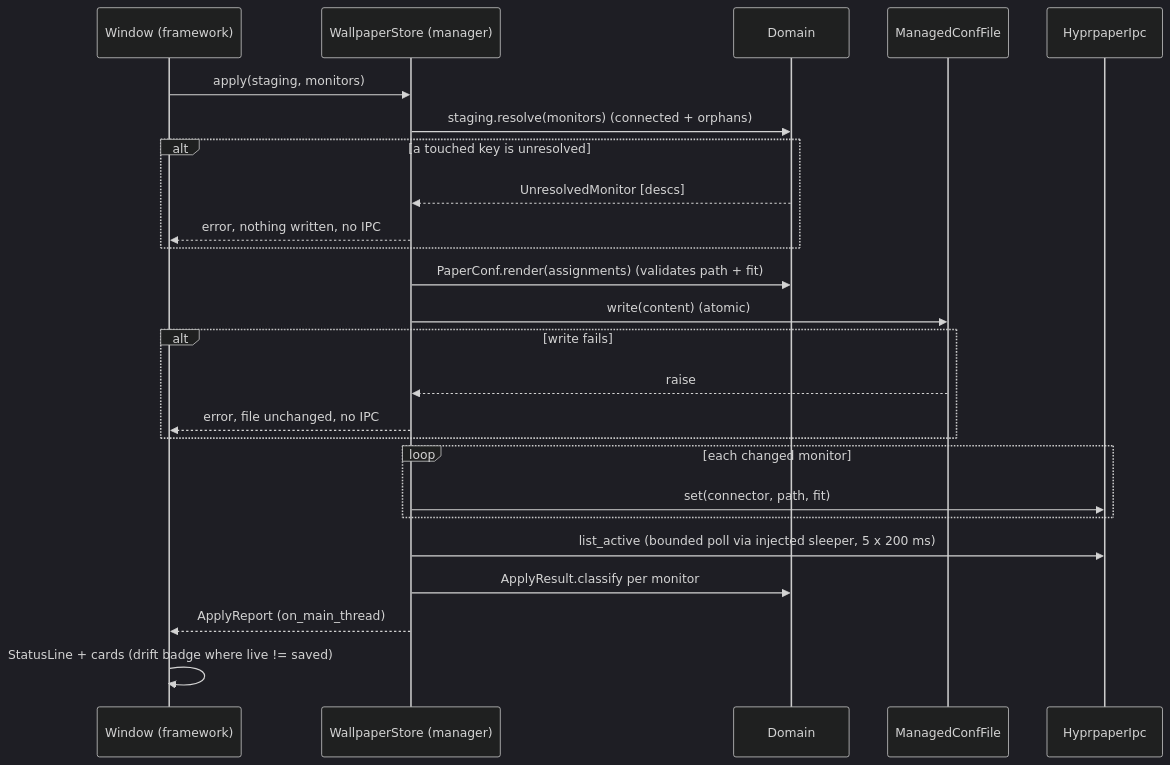
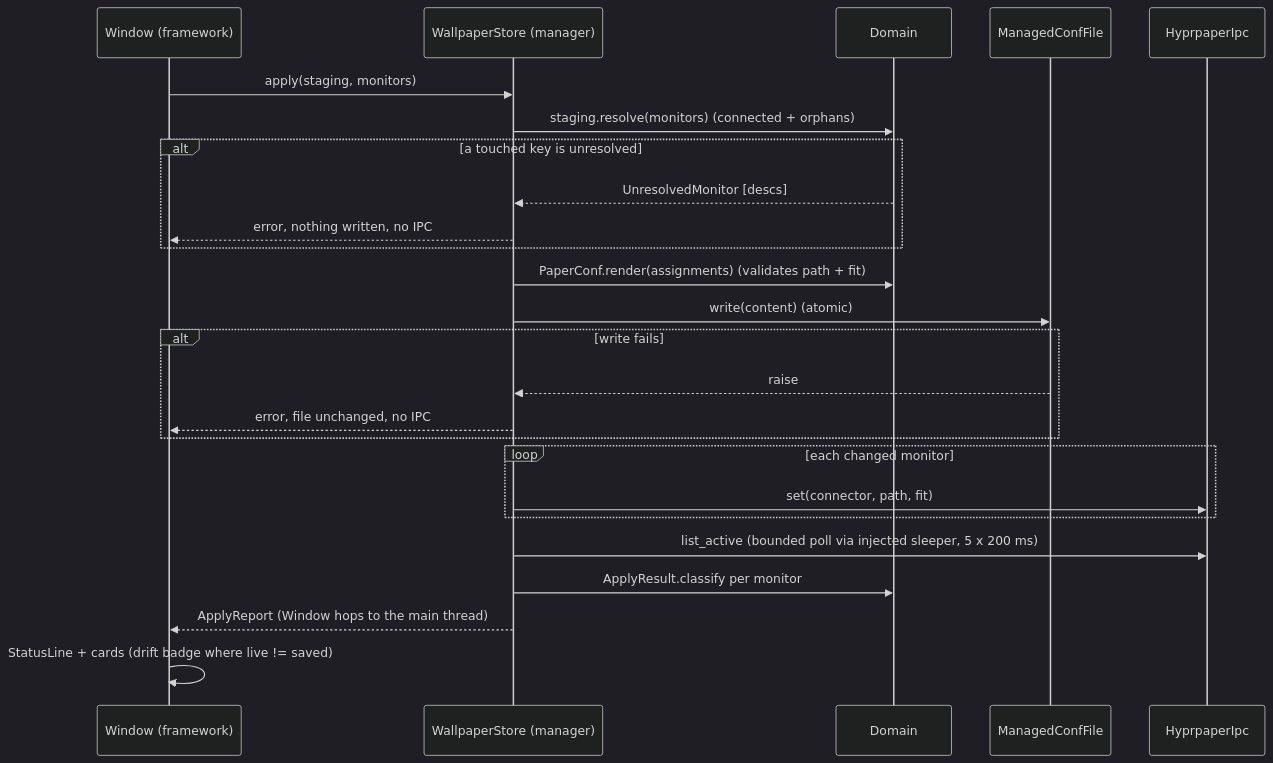
The diagram in ai-artifacts/backdrop.md (CJPoll/gtk-apps), drawn with Mermaid (dark theme) before and after one commit. The commit also changed other lines of this file, not shown here.

````diff
--- a/ai-artifacts/backdrop.md
+++ b/ai-artifacts/backdrop.md
@@ -210,27 +215,27 @@
 ```mermaid
 sequenceDiagram
   participant W as Window (framework)
   participant S as WallpaperStore (manager)
   participant D as Domain
   participant F as ManagedConfFile
   participant I as HyprpaperIpc
   W->>S: apply(staging, monitors)
   S->>D: staging.resolve(monitors) (connected + orphans)
   alt a touched key is unresolved
     D-->>S: UnresolvedMonitor [descs]
     S-->>W: error, nothing written, no IPC
   end
   S->>D: PaperConf.render(assignments) (validates path + fit)
   S->>F: write(content) (atomic)
   alt write fails
     F-->>S: raise
     S-->>W: error, file unchanged, no IPC
   end
   loop each changed monitor
     S->>I: set(connector, path, fit)
   end
   S->>I: list_active (bounded poll via injected sleeper, 5 x 200 ms)
   S->>D: ApplyResult.classify per monitor
-  S-->>W: ApplyReport (on_main_thread)
+  S-->>W: ApplyReport (Window hops to the main thread)
   W->>W: StatusLine + cards (drift badge where live != saved)
 ```
````
